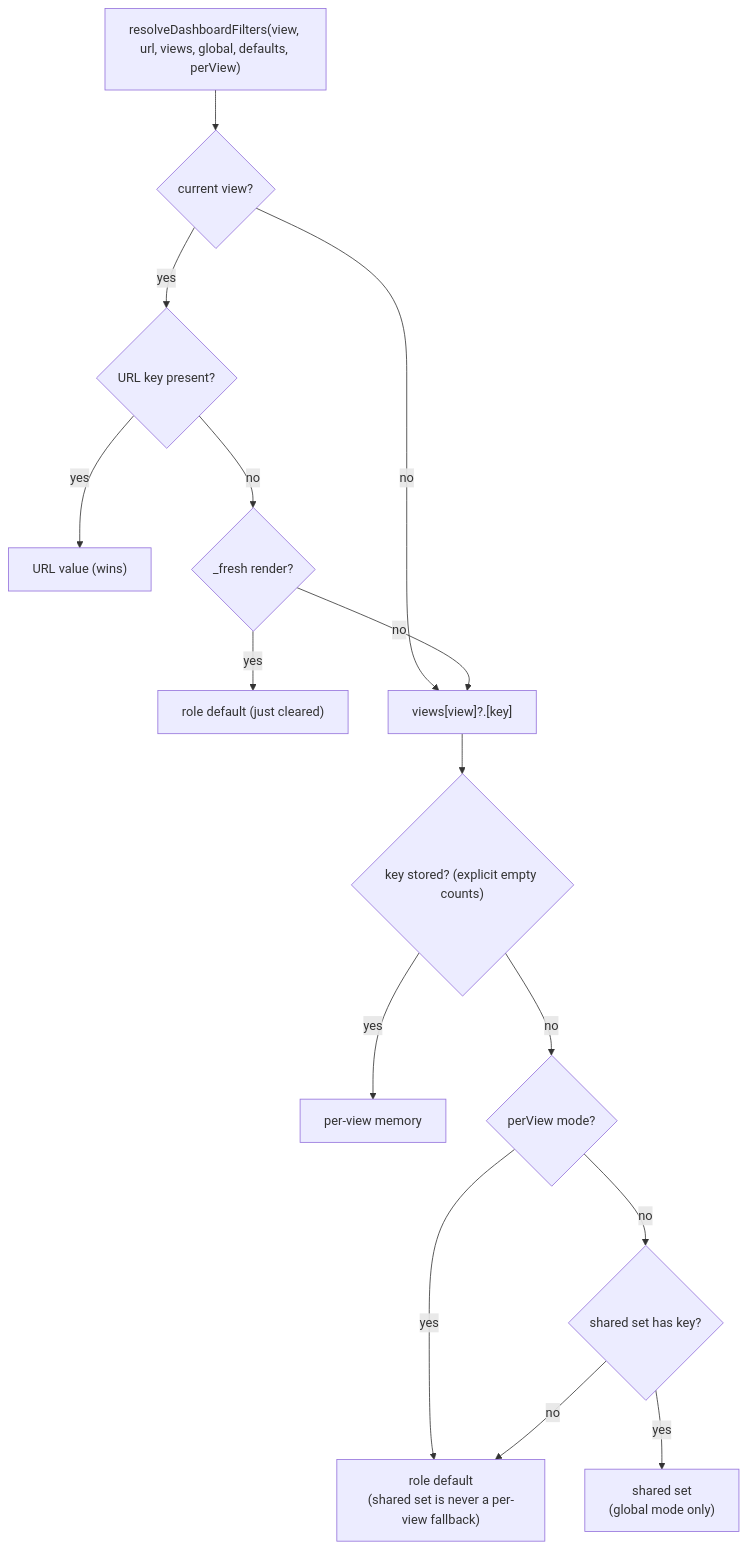
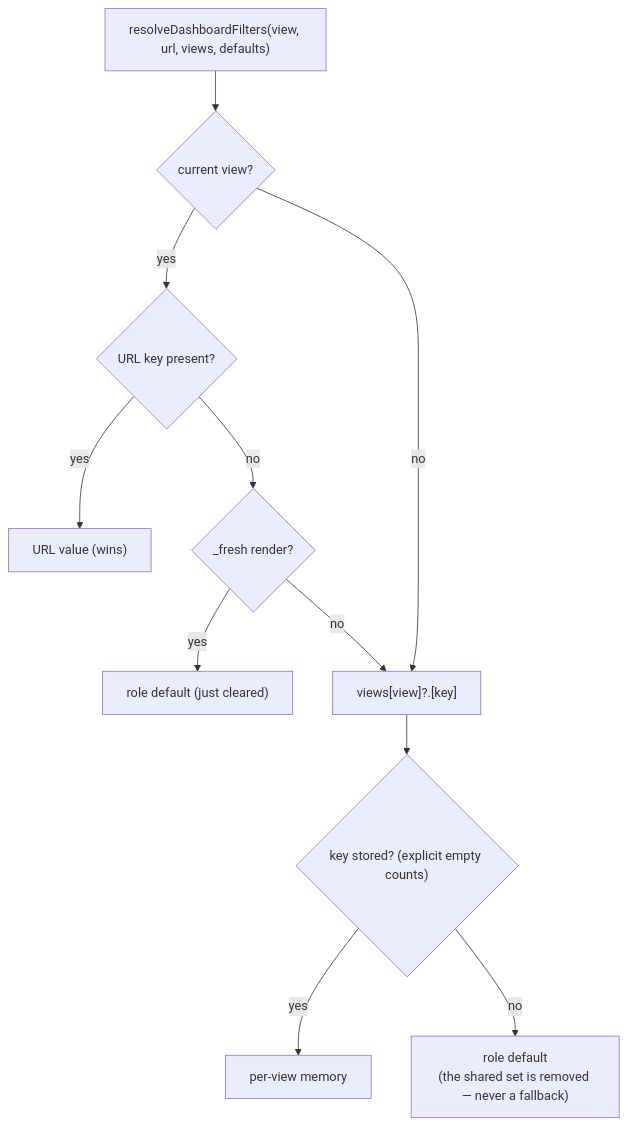
Before and after one commit to oncloudnintynineone-source/cloudy2: the second of 4 diagrams in docs/ui-state.md, drawn with Mermaid. The commit also changed other lines of this file and 10 other files, not shown here.

First line of the commit message:
Remove "Same for all views" filter mode: filters are per-view only

````diff
--- a/docs/ui-state.md
+++ b/docs/ui-state.md
@@ -307,17 +304,13 @@
 ```mermaid
 flowchart TD
-    A["resolveDashboardFilters(view, url, views, global, defaults, perView)"] --> B{"current view?"}
+    A["resolveDashboardFilters(view, url, views, defaults)"] --> B{"current view?"}
     B -- yes --> C{"URL key present?"}
     C -- yes --> OUT["URL value (wins)"]
     C -- no --> D{"_fresh render?"}
     D -- yes --> OUT2["role default (just cleared)"]
     B -- no --> E
     D -- no --> E["views[view]?.[key]"]
     E --> F{"key stored? (explicit empty counts)"}
     F -- yes --> OUT3["per-view memory"]
-    F -- no --> P{"perView mode?"}
-    P -- yes --> OUT5["role default<br/>(shared set is never a per-view fallback)"]
-    P -- no --> G{"shared set has key?"}
-    G -- yes --> OUT4["shared set<br/>(global mode only)"]
-    G -- no --> OUT5
+    F -- no --> OUT5["role default<br/>(the shared set is removed — never a fallback)"]
 ```
````
